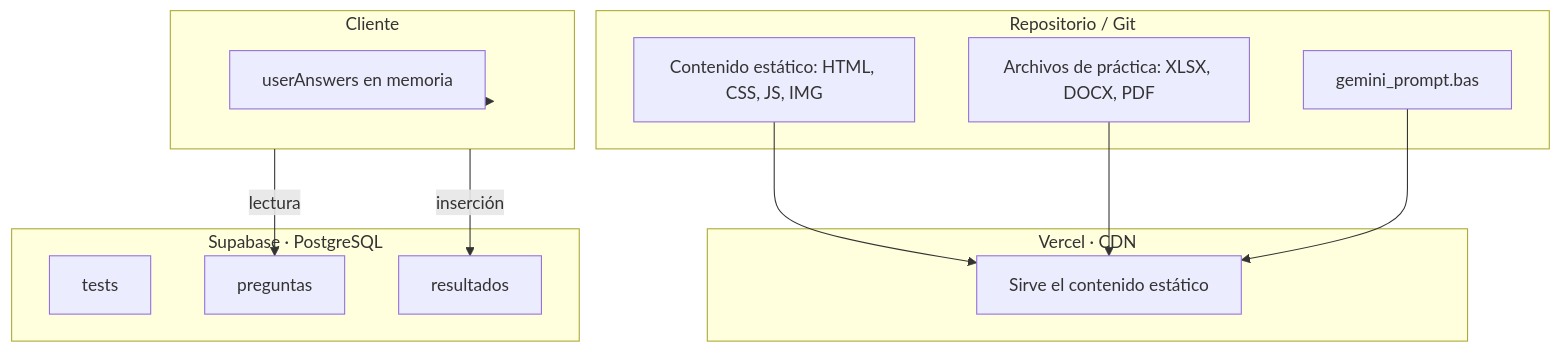
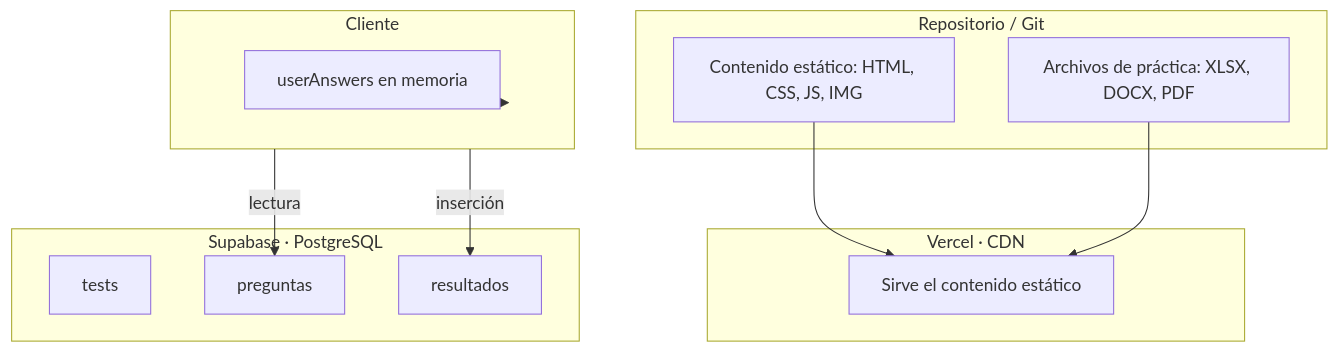
Before and after one commit to Samydex156/vanilla-blog-excel: the first of 3 diagrams in docs/PERSISTENCIA.md, drawn with Mermaid. The commit also changed other lines of this file and 72 other files, not shown here.

Commit message:
chore: remove exposed gemini_prompt.bas, unify guide CSS and add SEO + PWA

````diff
--- a/docs/PERSISTENCIA.md
+++ b/docs/PERSISTENCIA.md
@@ -7,29 +7,27 @@
 ```mermaid
 graph TD
     subgraph Repo[Repositorio / Git]
         CONT[Contenido estático: HTML, CSS, JS, IMG]
         PRAC[Archivos de práctica: XLSX, DOCX, PDF]
-        VBA[gemini_prompt.bas]
     end
 
     subgraph Vercel[Vercel · CDN]
         SERV[Sirve el contenido estático]
     end
 
     subgraph Supabase[Supabase · PostgreSQL]
         TESTS[tests]
         PREG[preguntas]
         RES[resultados]
     end
 
     subgraph Navegador[Cliente]
         MEM[userAnswers en memoria]
     end
 
     CONT --> SERV
     PRAC --> SERV
-    VBA --> SERV
     Navegador -- lectura --> PREG
     Navegador -- inserción --> RES
     Navegador --> MEM
 ```
````
